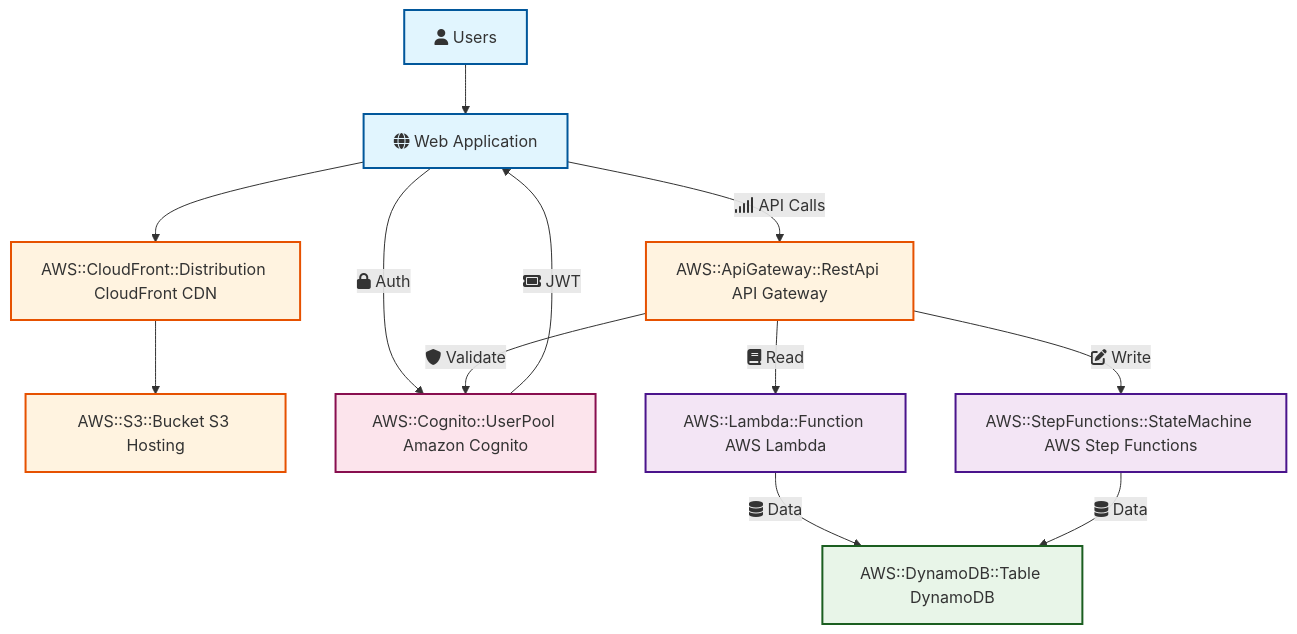
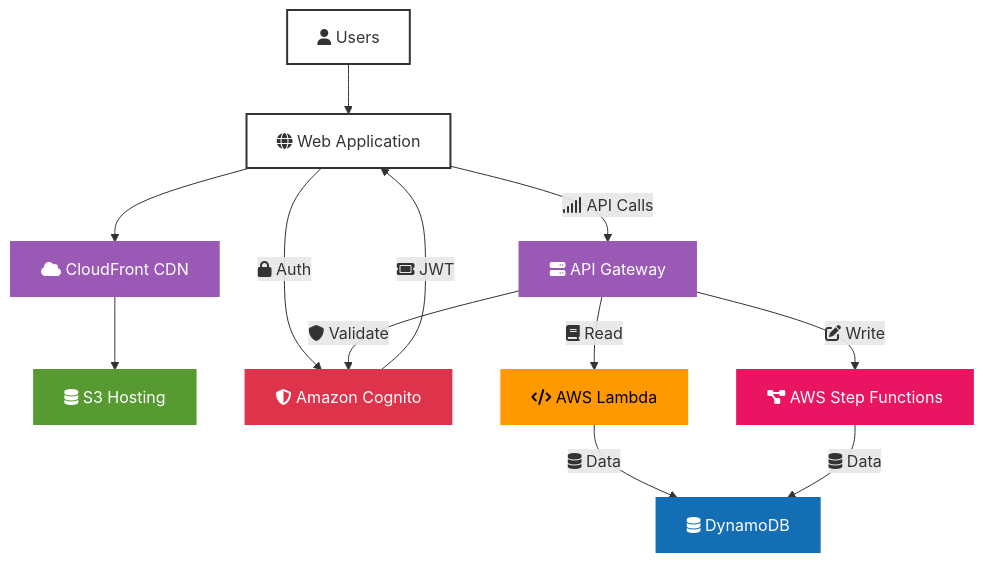
The diagram in README.md (der-jd/pnp-character-application), drawn with Mermaid before and after one commit. The commit also changed 1 other file, not shown here.

Commit message:
docs: Update architecture diagram with AWS brand colors and Font Awesome icons
Replaced AWS CloudFormation resource type annotations with Font Awesome icons for improved visual clarity. Applied official AWS service colors (Lambda orange, DynamoDB blue, S3 green, Step Functions pink, Cognito red) and reorganized component styling classes to distinguish between compute, workflow, data, storage, API, and security layers. Removed obsolete PNG architecture diagram file.

````diff
--- a/README.md
+++ b/README.md
@@ -25,38 +25,42 @@
 ```mermaid
 graph TB
     %% User Interface Layer
     User[fa:fa-user Users] --> WebApp[fa:fa-globe Web Application]
 
     %% Content Delivery
-    WebApp --> CloudFront[AWS::CloudFront::Distribution CloudFront CDN]
-    CloudFront --> S3[AWS::S3::Bucket S3 Hosting]
+    WebApp --> CloudFront[fa:fa-cloud CloudFront CDN]
+    CloudFront --> S3[fa:fa-database S3 Hosting]
 
     %% Authentication & Security
-    WebApp --> |fa:fa-lock Auth| Cognito[AWS::Cognito::UserPool Amazon Cognito]
+    WebApp --> |fa:fa-lock Auth| Cognito[fa:fa-shield-alt Amazon Cognito]
     Cognito --> |fa:fa-ticket JWT| WebApp
 
     %% API Layer
-    WebApp --> |fa:fa-signal API Calls| APIGW[AWS::ApiGateway::RestApi API Gateway]
+    WebApp --> |fa:fa-signal API Calls| APIGW[fa:fa-server API Gateway]
     APIGW --> |fa:fa-shield Validate| Cognito
 
     %% Compute Layer
-    APIGW --> |fa:fa-book Read| Lambda[AWS::Lambda::Function AWS Lambda]
-    APIGW --> |fa:fa-edit Write| StepFunctions[AWS::StepFunctions::StateMachine AWS Step Functions]
+    APIGW --> |fa:fa-book Read| Lambda[fa:fa-code AWS Lambda]
+    APIGW --> |fa:fa-edit Write| StepFunctions[fa:fa-project-diagram AWS Step Functions]
 
     %% Data Layer
-    Lambda --> |fa:fa-database Data| DynamoDB[AWS::DynamoDB::Table DynamoDB]
+    Lambda --> |fa:fa-database Data| DynamoDB[fa:fa-database DynamoDB]
     StepFunctions --> |fa:fa-database Data| DynamoDB
 
     %% Styling
-    classDef frontend fill:#e1f5fe,stroke:#01579b,stroke-width:2px
-    classDef compute fill:#f3e5f5,stroke:#4a148c,stroke-width:2px
-    classDef data fill:#e8f5e8,stroke:#1b5e20,stroke-width:2px
-    classDef infra fill:#fff3e0,stroke:#e65100,stroke-width:2px
-    classDef security fill:#fce4ec,stroke:#880e4f,stroke-width:2px
+    classDef frontend fill:#ffffff,stroke:#333333,stroke-width:2px,color:#333333
+    classDef compute fill:#FF9900,stroke:#FF9900,stroke-width:2px,color:#000000
+    classDef data fill:#146EB4,stroke:#146EB4,stroke-width:2px,color:#ffffff
+    classDef storage fill:#569A31,stroke:#569A31,stroke-width:2px,color:#ffffff
+    classDef api fill:#9B59B6,stroke:#9B59B6,stroke-width:2px,color:#ffffff
+    classDef workflow fill:#E91563,stroke:#E91563,stroke-width:2px,color:#ffffff
+    classDef security fill:#DD344C,stroke:#DD344C,stroke-width:2px,color:#ffffff
 
     class User,WebApp frontend
-    class Lambda,StepFunctions compute
+    class Lambda compute
+    class StepFunctions workflow
     class DynamoDB data
-    class CloudFront,S3,APIGW infra
+    class S3 storage
+    class CloudFront,APIGW api
     class Cognito security
 ```
````
